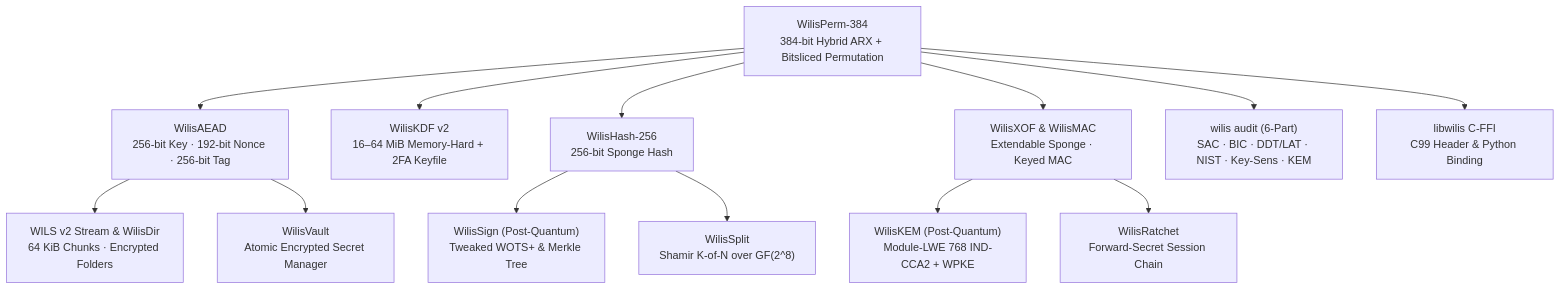
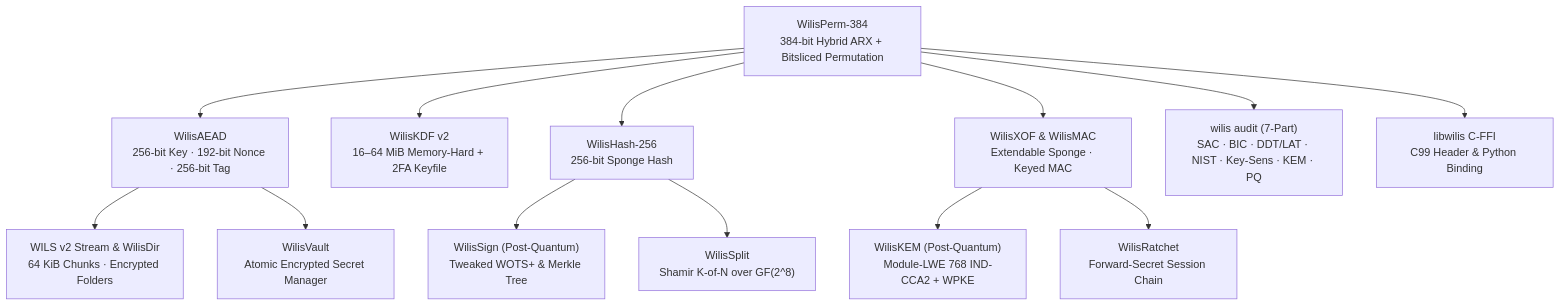
Before and after one commit to wiersect/wilis: the diagram in README.md, drawn with Mermaid. The commit also changed other lines of this file and 26 other files, not shown here.

````diff
--- a/README.md
+++ b/README.md
@@ -46,16 +46,16 @@
 ```mermaid
 flowchart TD
     P["WilisPerm-384<br/>384-bit Hybrid ARX + Bitsliced Permutation"]
     P --> AEAD["WilisAEAD<br/>256-bit Key · 192-bit Nonce · 256-bit Tag"]
     P --> KDF["WilisKDF v2<br/>16–64 MiB Memory-Hard + 2FA Keyfile"]
     P --> HASH["WilisHash-256<br/>256-bit Sponge Hash"]
     P --> XOF["WilisXOF & WilisMAC<br/>Extendable Sponge · Keyed MAC"]
     XOF --> KEM["WilisKEM (Post-Quantum)<br/>Module-LWE 768 IND-CCA2 + WPKE"]
     XOF --> RATCHET["WilisRatchet<br/>Forward-Secret Session Chain"]
     HASH --> SIGN["WilisSign (Post-Quantum)<br/>Tweaked WOTS+ & Merkle Tree"]
     HASH --> SPLIT["WilisSplit<br/>Shamir K-of-N over GF(2^8)"]
     AEAD --> STREAM["WILS v2 Stream & WilisDir<br/>64 KiB Chunks · Encrypted Folders"]
     AEAD --> VAULT["WilisVault<br/>Atomic Encrypted Secret Manager"]
-    P --> AUDIT["wilis audit (6-Part)<br/>SAC · BIC · DDT/LAT · NIST · Key-Sens · KEM"]
+    P --> AUDIT["wilis audit (7-Part)<br/>SAC · BIC · DDT/LAT · NIST · Key-Sens · KEM · PQ"]
     P --> FFI["libwilis C-FFI<br/>C99 Header & Python Binding"]
 ```
````
